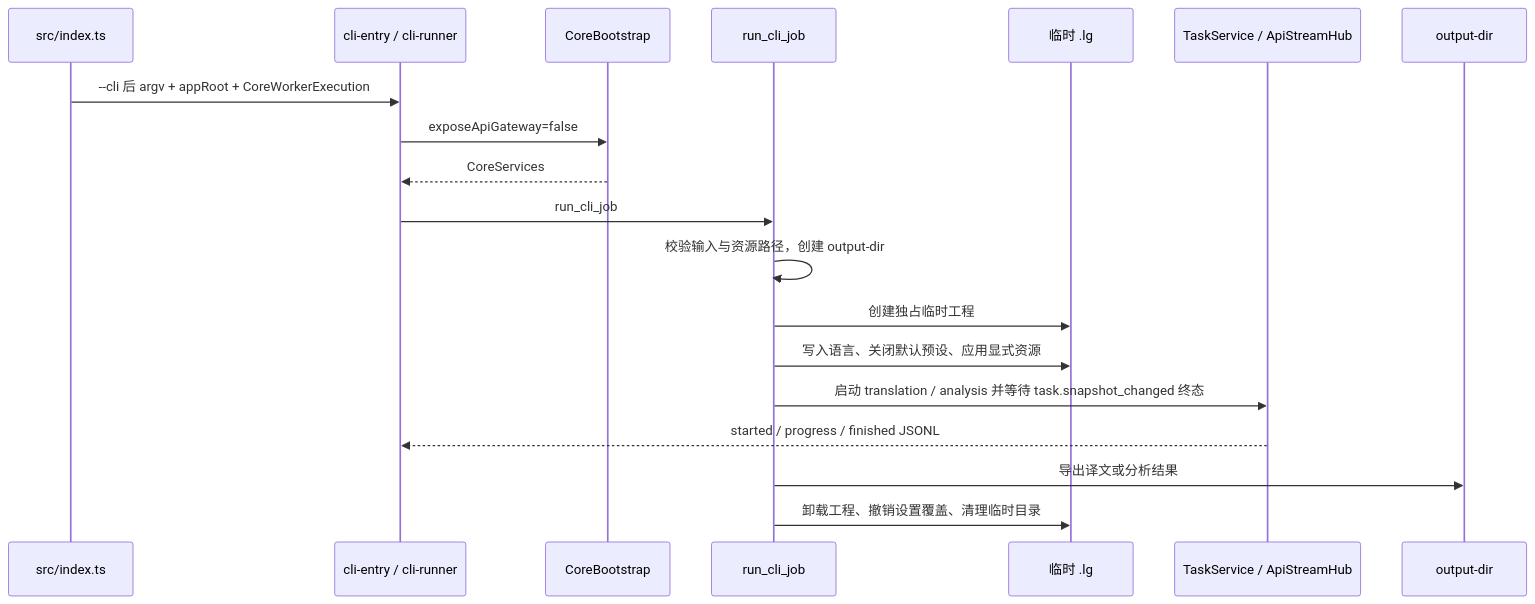
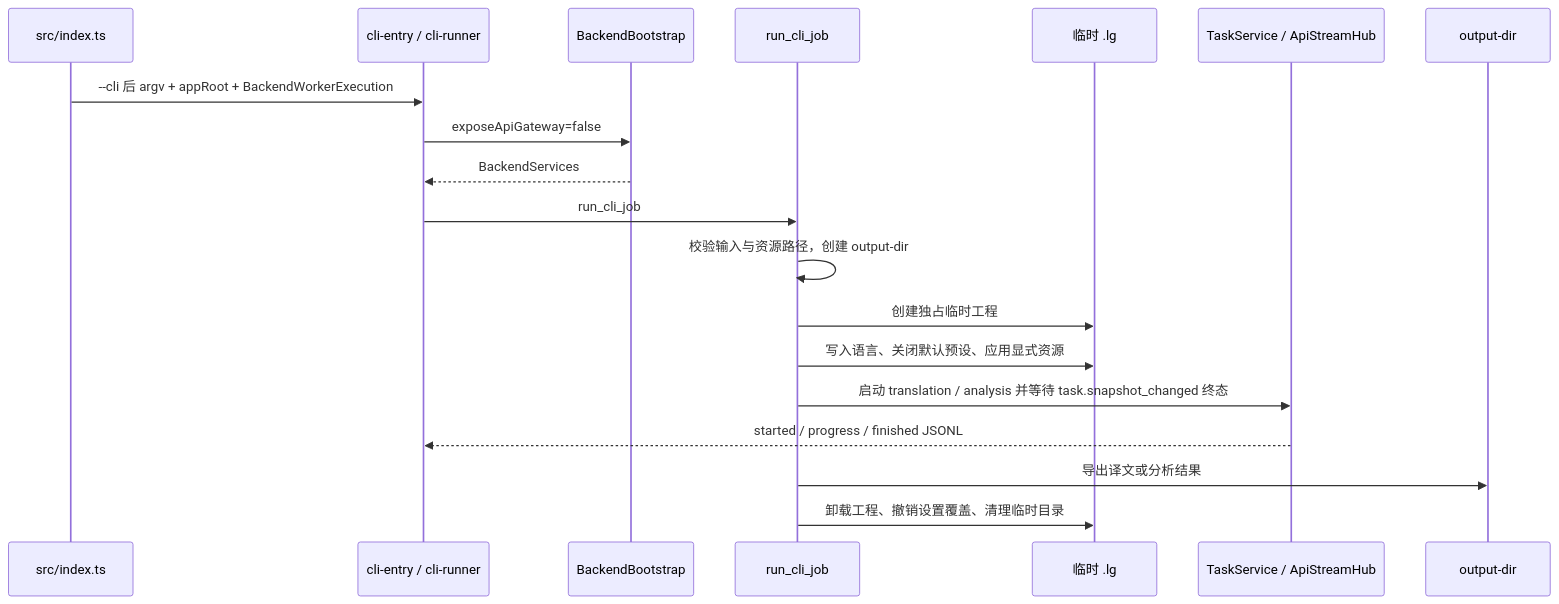
One commit to neavo/LinguaGacha changed the diagram in docs/CLI.md. Above: the diagram before and after it, drawn with Mermaid. The commit also changed other lines of this file and 1122 other files, not shown here.

````diff
--- a/docs/CLI.md
+++ b/docs/CLI.md
@@ -29,22 +29,22 @@
 ```mermaid
 sequenceDiagram
   participant Entry as src/index.ts
   participant CLI as cli-entry / cli-runner
-  participant Core as CoreBootstrap
+  participant Backend as BackendBootstrap
   participant Job as run_cli_job
   participant Temp as 临时 .lg
   participant Task as TaskService / ApiStreamHub
   participant Out as output-dir
 
-  Entry->>CLI: --cli 后 argv + appRoot + CoreWorkerExecution
-  CLI->>Core: exposeApiGateway=false
-  Core-->>CLI: CoreServices
+  Entry->>CLI: --cli 后 argv + appRoot + BackendWorkerExecution
+  CLI->>Backend: exposeApiGateway=false
+  Backend-->>CLI: BackendServices
   CLI->>Job: run_cli_job
   Job->>Job: 校验输入与资源路径，创建 output-dir
   Job->>Temp: 创建独占临时工程
   Job->>Temp: 写入语言、关闭默认预设、应用显式资源
   Job->>Task: 启动 translation / analysis 并等待 task.snapshot_changed 终态
   Task-->>CLI: started / progress / finished JSONL
   Job->>Out: 导出译文或分析结果
   Job->>Temp: 卸载工程、撤销设置覆盖、清理临时目录
 ```
````
